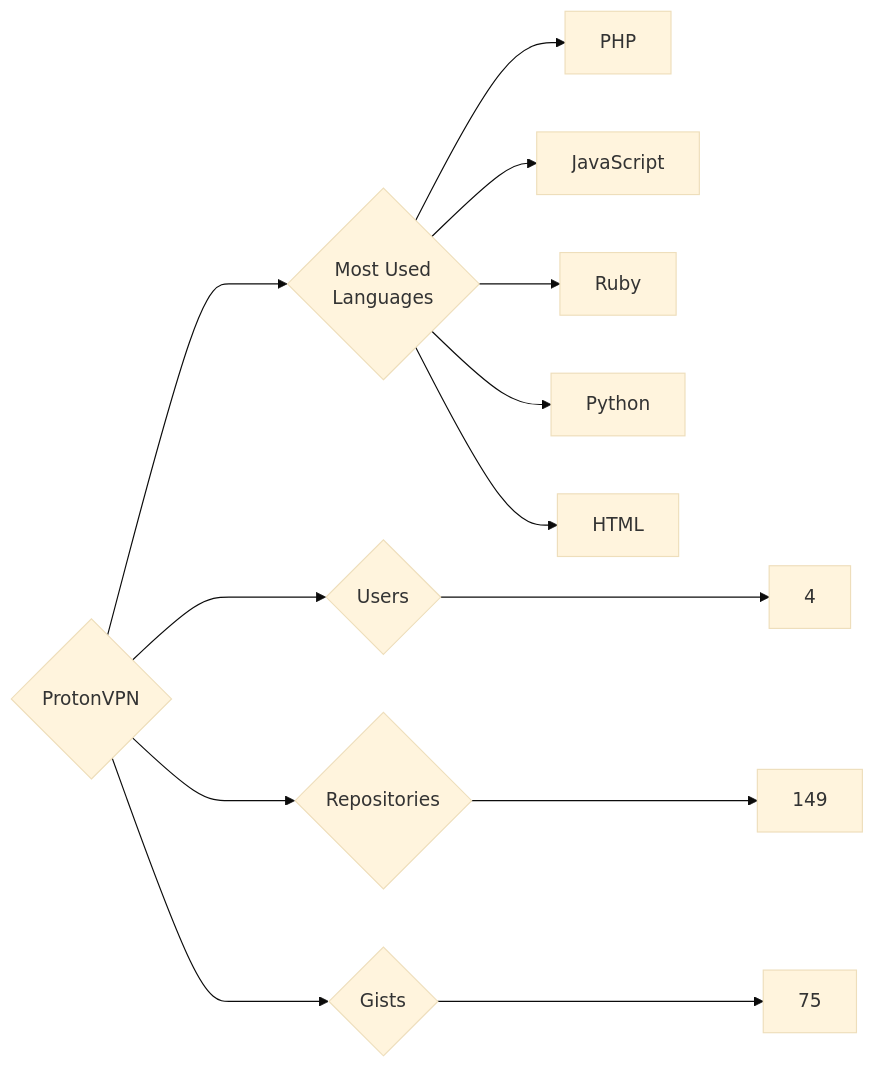
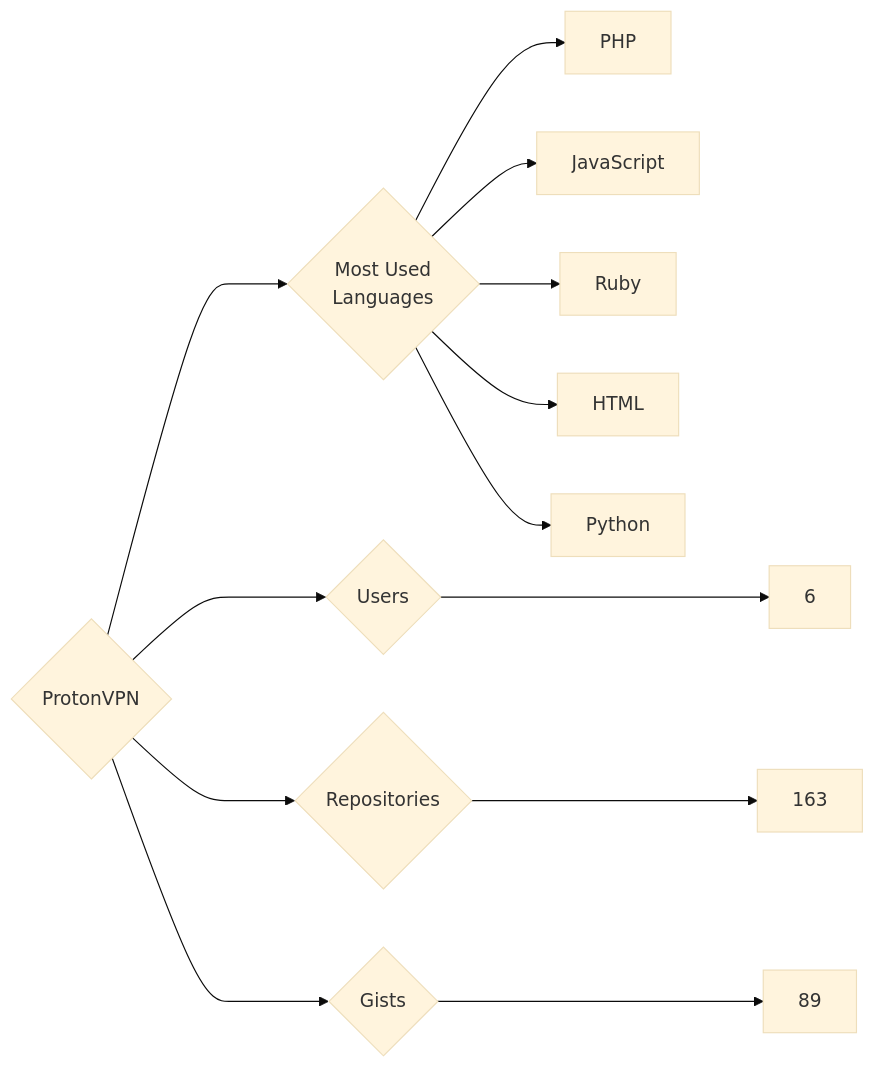
One commit to trickest/insiders changed the diagram in targets/ProtonVPN/README.md. Above: the diagram before and after it, drawn with Mermaid (base theme). The commit also changed 1389 other files, not shown here.

````diff
--- a/targets/ProtonVPN/README.md
+++ b/targets/ProtonVPN/README.md
@@ -3,13 +3,13 @@
 ```mermaid
 graph LR
 COMPANY_NAME{ProtonVPN}
-COMPANY_NAME ---> U{Users} ---> UN[4]
-COMPANY_NAME ---> R{Repositories} ---> RN[149]
-COMPANY_NAME ---> G{Gists} ---> GN[75]
+COMPANY_NAME ---> U{Users} ---> UN[6]
+COMPANY_NAME ---> R{Repositories} ---> RN[163]
+COMPANY_NAME ---> G{Gists} ---> GN[89]
 COMPANY_NAME ---> ML{Most Used<br>Languages}
 ML --> PHP[PHP]
 ML --> JavaScript[JavaScript]
 ML --> Ruby[Ruby]
+ML --> HTML[HTML]
 ML --> Python[Python]
-ML --> HTML[HTML]
 ```
````
